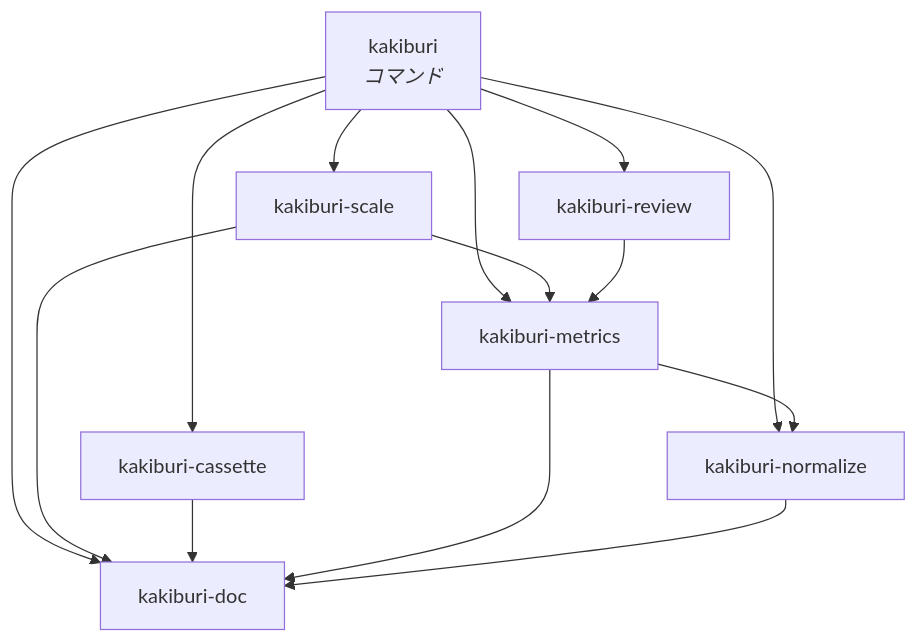
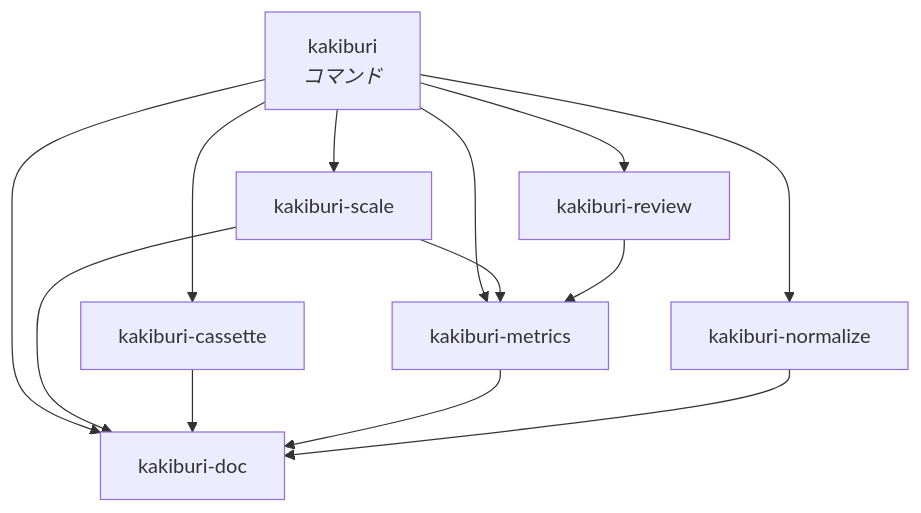
One commit to lambdalisue/kuchiyose changed the second of 2 diagrams in docs/design/000-architecture.md. Above: the diagram before and after it, drawn with Mermaid. The commit also changed other lines of this file, not shown here.

First line of the commit message:
docs: 依存していない線を依存図から外す

````diff
--- a/docs/design/000-architecture.md
+++ b/docs/design/000-architecture.md
@@ -187,24 +187,23 @@
 ```mermaid
 flowchart TB
     cli["kakiburi<br/><i>コマンド</i>"]
     scale["kakiburi-scale"]
     rev["kakiburi-review"]
     cas["kakiburi-cassette"]
     met["kakiburi-metrics"]
     norm["kakiburi-normalize"]
     doc["kakiburi-doc"]
 
     cli --> scale
     cli --> rev
     cli --> cas
     cli --> met
     cli --> norm
     cli --> doc
     scale --> met
     scale --> doc
     rev --> met
     cas --> doc
-    met --> norm
     met --> doc
     norm --> doc
 ```
````
